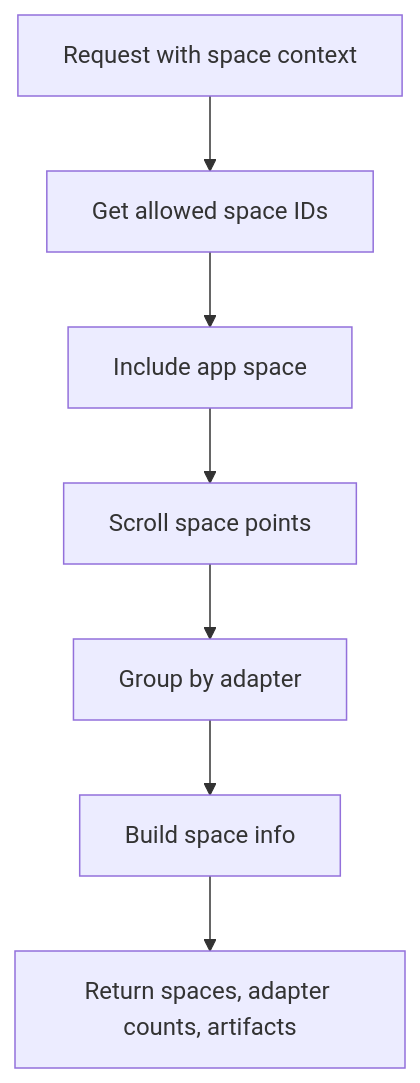
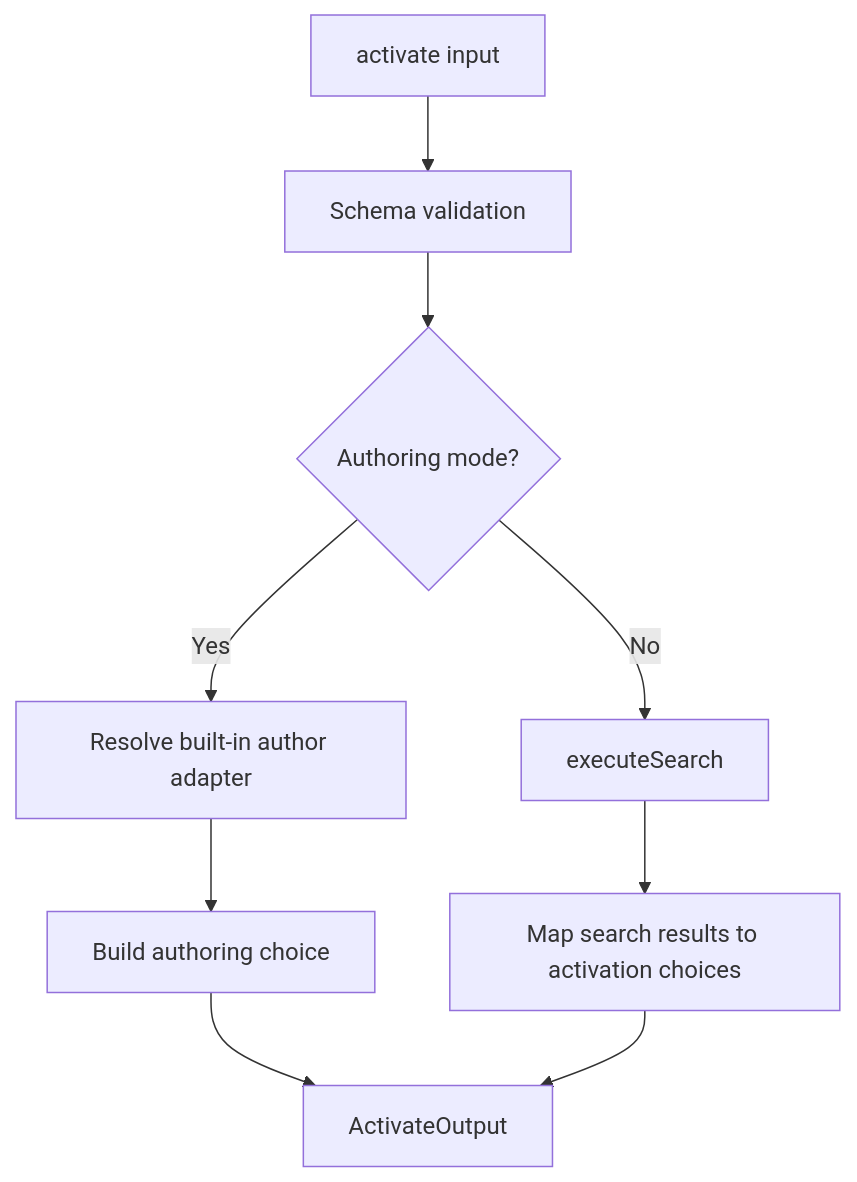
The seventh of 13 diagrams in .qoder/repowiki/en/content/Core Concepts/Core Concepts.md (SquadRules/mcp), drawn with Mermaid before and after one commit. The commit also changed other lines of this file and 602 other files, not shown here.

````diff
--- a/.qoder/repowiki/en/content/Core Concepts/Core Concepts.md
+++ b/.qoder/repowiki/en/content/Core Concepts/Core Concepts.md
@@ -270,9 +306,11 @@
 ```mermaid
 flowchart TD
-Request["Request with space context"] --> GetAllowed["Get allowed space IDs"]
-GetAllowed --> IncludeApp["Include app space"]
-IncludeApp --> Scroll["Scroll space points"]
-Scroll --> GroupByAdapter["Group by adapter"]
-GroupByAdapter --> BuildInfo["Build space info"]
-BuildInfo --> Report["Return spaces, adapter counts, artifacts"]
+Input["activate input"] --> Validate["Schema validation"]
+Validate --> Authoring{"Authoring mode?"}
+Authoring --> |Yes| ResolveAuthor["Resolve built-in author adapter"]
+Authoring --> |No| Search["executeSearch"]
+ResolveAuthor --> Choices["Build authoring choice"]
+Search --> MapChoices["Map search results to activation choices"]
+Choices --> Output["ActivateOutput"]
+MapChoices --> Output
 ```
````
